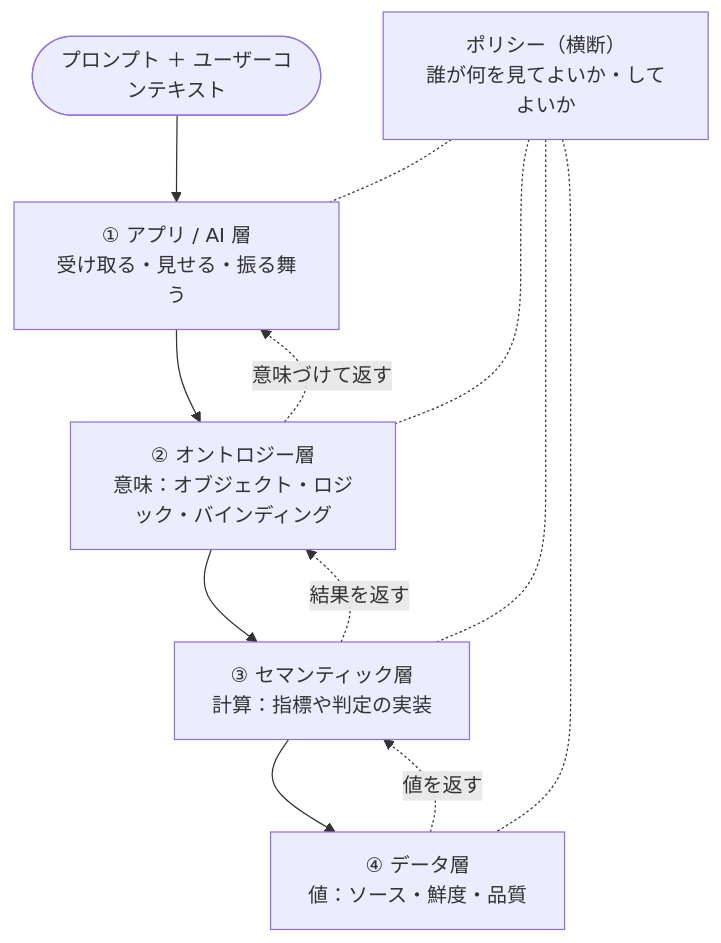
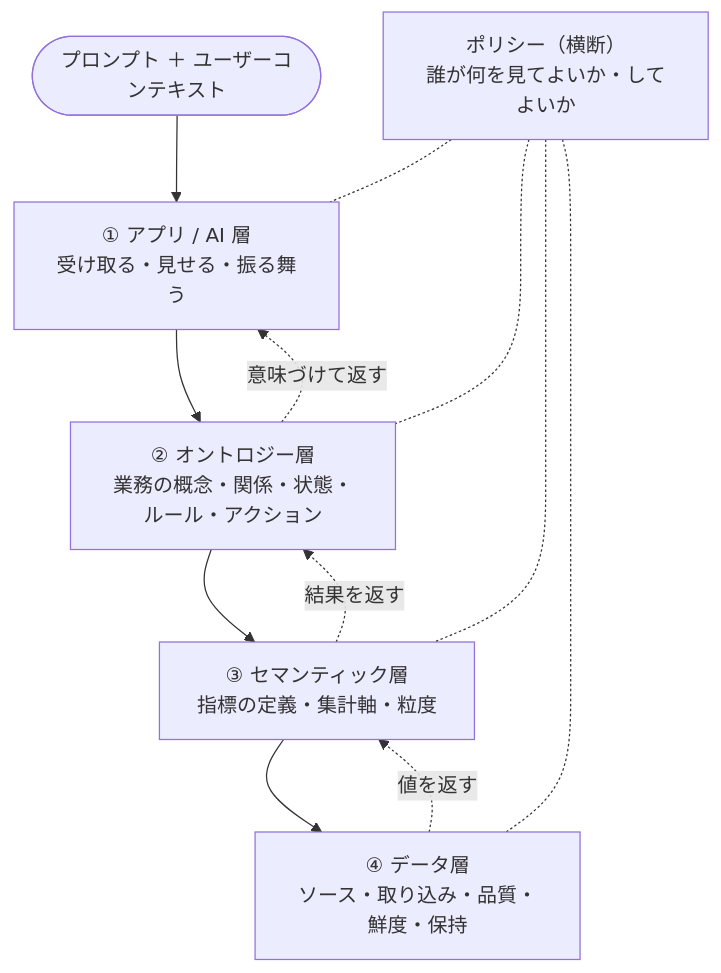
Before and after one commit to keito118/ai-ready-requirements: the diagram in framework/ja/01_layers.md, drawn with Mermaid. The commit also changed other lines of this file and 16 other files, not shown here.

````diff
--- a/framework/ja/01_layers.md
+++ b/framework/ja/01_layers.md
@@ -7,15 +7,15 @@
 ```mermaid
 flowchart TB
   U([プロンプト ＋ ユーザーコンテキスト]) --> APP
   APP["① アプリ / AI 層<br/>受け取る・見せる・振る舞う"]
-  ONT["② オントロジー層<br/>意味：オブジェクト・ロジック・バインディング"]
-  SEM["③ セマンティック層<br/>計算：指標や判定の実装"]
-  DAT["④ データ層<br/>値：ソース・鮮度・品質"]
+  ONT["② オントロジー層<br/>業務の概念・関係・状態・ルール・アクション"]
+  SEM["③ セマンティック層<br/>指標の定義・集計軸・粒度"]
+  DAT["④ データ層<br/>ソース・取り込み・品質・鮮度・保持"]
   APP --> ONT --> SEM --> DAT
   DAT -. 値を返す .-> SEM -. 結果を返す .-> ONT -. 意味づけて返す .-> APP
   POL["ポリシー（横断）<br/>誰が何を見てよいか・してよいか"]
   POL -.- APP
   POL -.- ONT
   POL -.- SEM
   POL -.- DAT
 ```
````
